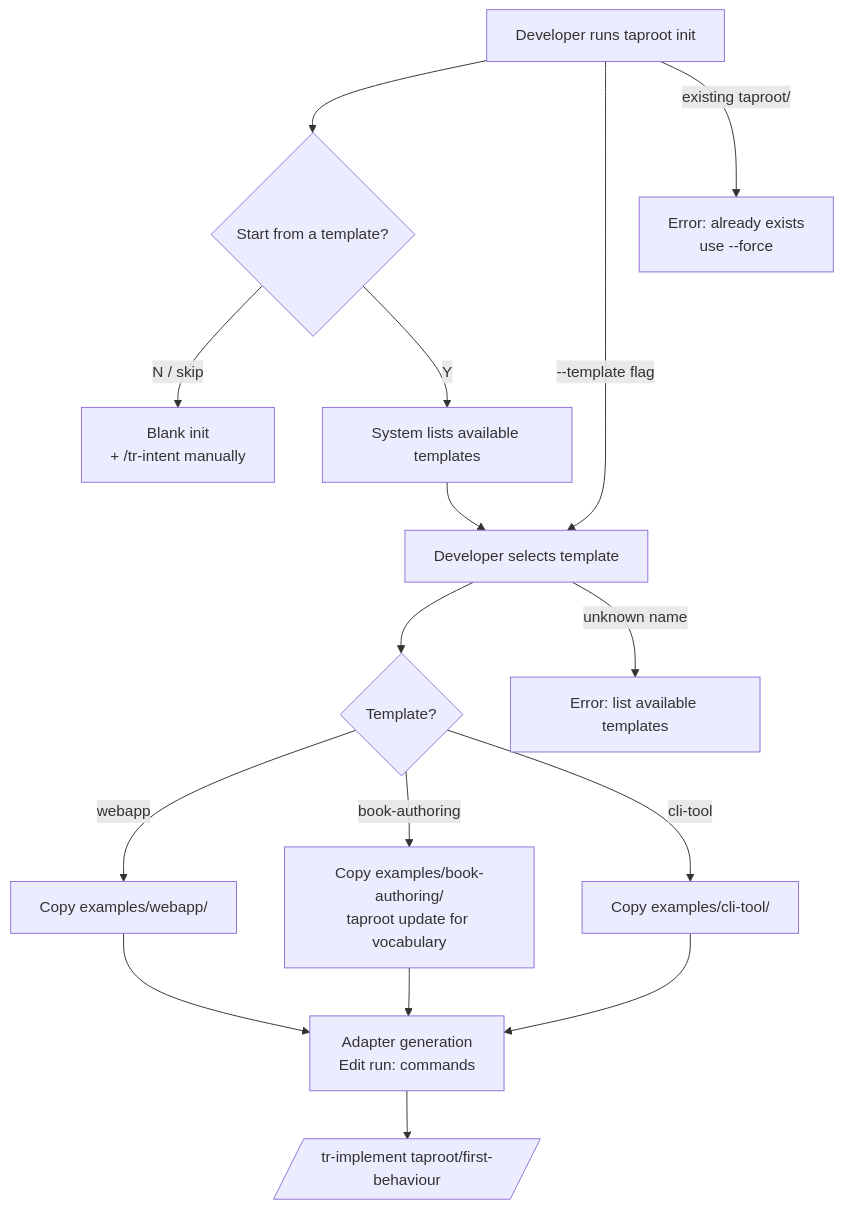
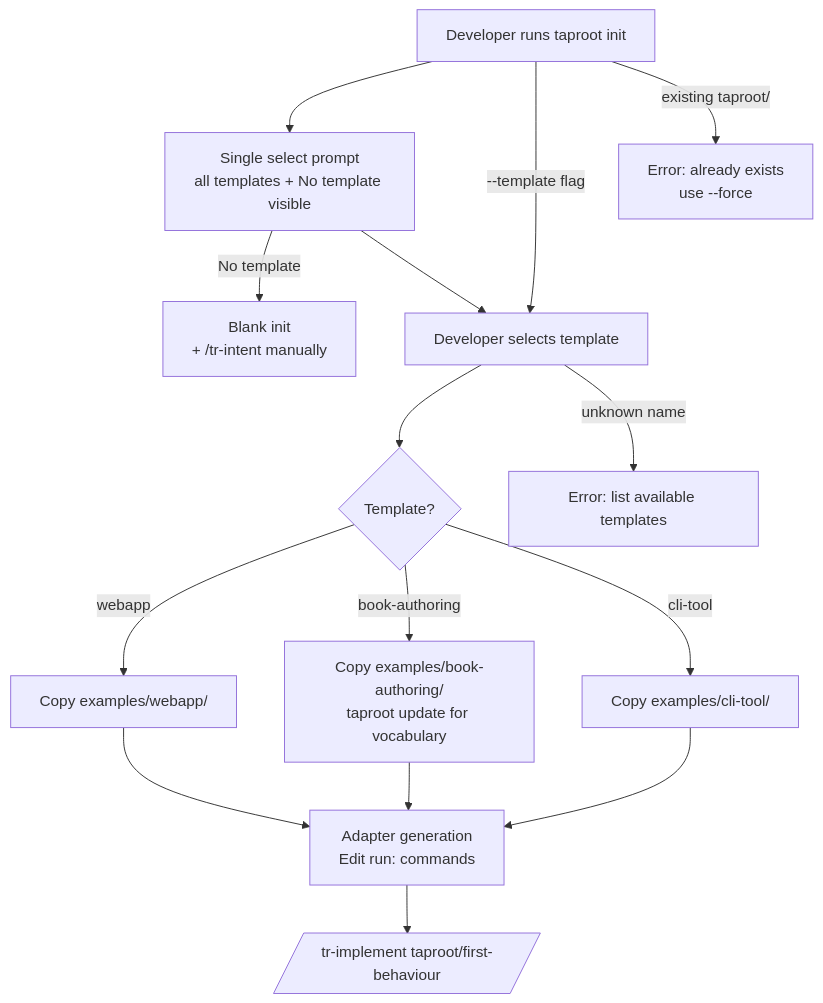
The diagram in taproot/project-presentation/starter-examples/usecase.md (imix/taproot), drawn with Mermaid before and after one commit. The commit also changed other lines of this file and 2 other files, not shown here.

Commit message:
taproot(project-presentation/starter-examples): collapse template prompt to single select with all options visible

````diff
--- a/taproot/project-presentation/starter-examples/usecase.md
+++ b/taproot/project-presentation/starter-examples/usecase.md
@@ -70,18 +71,17 @@
 ```mermaid
 flowchart TD
-    A[Developer runs taproot init] --> B{Start from a template?}
-    B -->|N / skip| Z[Blank init\n+ /tr-intent manually]
-    B -->|Y| C[System lists available templates]
+    A[Developer runs taproot init] --> B[Single select prompt\nall templates + No template visible]
+    B -->|No template| Z[Blank init\n+ /tr-intent manually]
     A -->|--template flag| D
-    C --> D[Developer selects template]
+    B --> D[Developer selects template]
     D --> E{Template?}
     E -->|webapp| F[Copy examples/webapp/]
     E -->|book-authoring| G[Copy examples/book-authoring/\ntaproot update for vocabulary]
     E -->|cli-tool| H[Copy examples/cli-tool/]
     F --> I[Adapter generation\nEdit run: commands]
     G --> I
     H --> I
     I --> J[/tr-implement taproot/first-behaviour/]
     A -->|existing taproot/| K[Error: already exists\nuse --force]
     D -->|unknown name| L[Error: list available templates]
 ```
````
